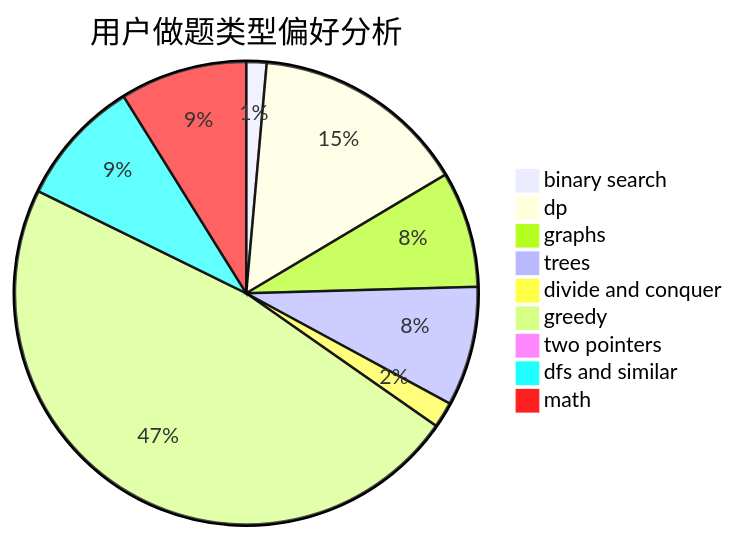
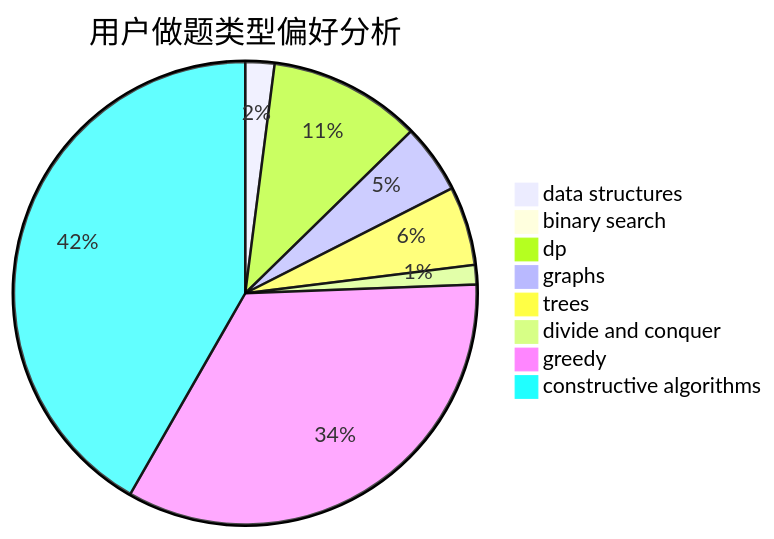
Before and after one commit to sherpahu/cfrs.github.io: the second of 3 diagrams in docs/user/u705.md, drawn with Mermaid. The commit also changed other lines of this file and 2775 other files, not shown here.

````diff
--- a/docs/user/u705.md
+++ b/docs/user/u705.md
@@ -23,12 +23,11 @@
 ```mermaid
 pie title 用户做题类型偏好分析
-    "binary search" :  11
-    "dp" :  117
-    "graphs" :  63
-    "trees" :  65
+    "data structures" :  21
+    "binary search" :  1
+    "dp" :  110
+    "graphs" :  50
+    "trees" :  57
     "divide and conquer" :  14
-    "greedy" :  370
-    "two pointers" :  2
-    "dfs and similar" :  69
-    "math" :  69
+    "greedy" :  350
+    "constructive algorithms" :  431
 ```
````
